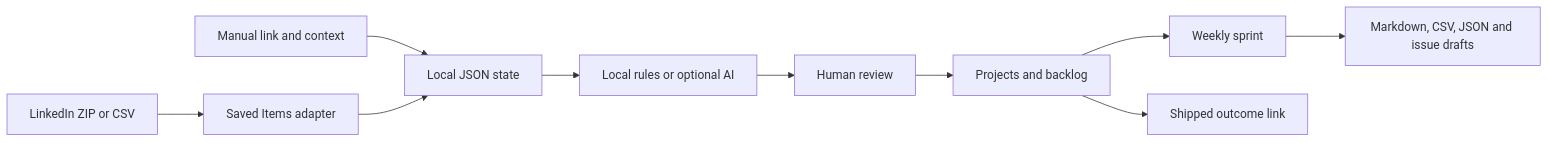
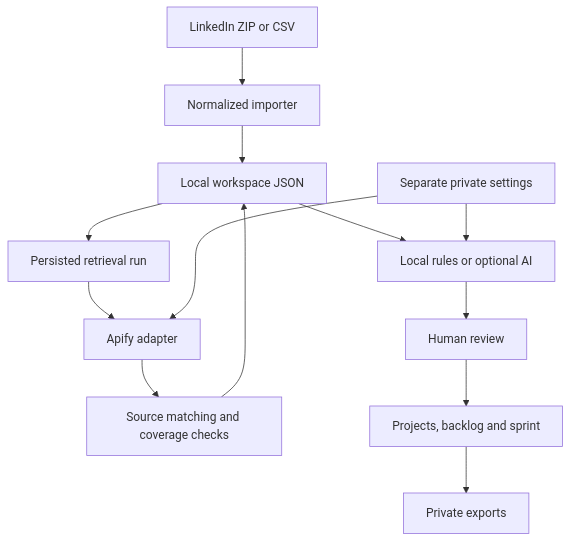
One commit to the-anantkumar/saved-to-shipped changed the diagram in ARCHITECTURE.md. Above: the diagram before and after it, drawn with Mermaid. The commit also changed other lines of this file and 8 other files, not shown here.

Commit message:
docs: define the open source workflow and release checks

````diff
--- a/ARCHITECTURE.md
+++ b/ARCHITECTURE.md
@@ -5,12 +5,15 @@
 ```mermaid
-flowchart LR
-    L[LinkedIn ZIP or CSV] --> I[Saved Items adapter]
-    M[Manual link and context] --> S[Local JSON state]
-    I --> S
+flowchart TD
+    Z[LinkedIn ZIP or CSV] --> I[Normalized importer]
+    I --> S[Local workspace JSON]
+    S --> R[Persisted retrieval run]
+    R --> A[Apify adapter]
+    A --> V[Source matching and coverage checks]
+    V --> S
     S --> C[Local rules or optional AI]
-    C --> R[Human review]
-    R --> P[Projects and backlog]
-    P --> W[Weekly sprint]
-    W --> E[Markdown, CSV, JSON and issue drafts]
-    P --> O[Shipped outcome link]
+    C --> H[Human review]
+    H --> B[Projects, backlog and sprint]
+    B --> E[Private exports]
+    K[Separate private settings] --> A
+    K --> C
 ```
````
